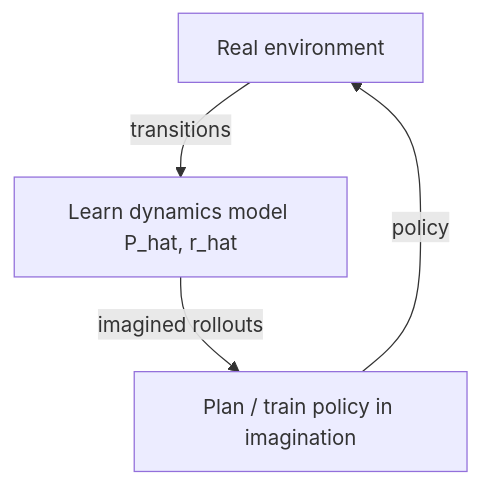
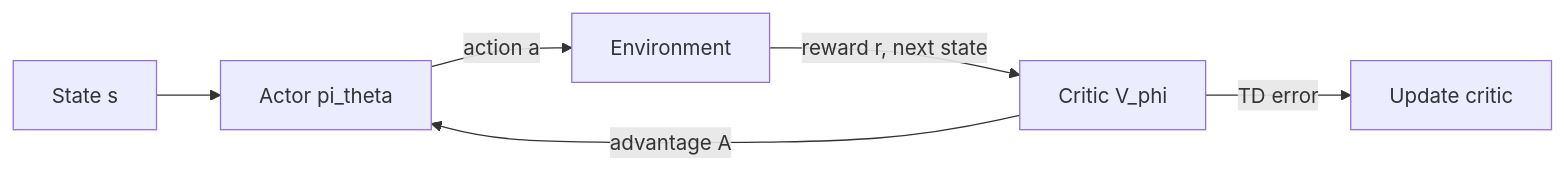
The fifth of 7 diagrams in ai-ml-encyclopedia/ch25.qmd (kader-xai/kader-xai.github.io), drawn with Mermaid before and after one commit. The commit also changed other lines of this file and 47 other files, not shown here.

````diff
--- a/ai-ml-encyclopedia/ch25.qmd
+++ b/ai-ml-encyclopedia/ch25.qmd
@@ -286,6 +353,8 @@
 ```{mermaid}
-flowchart TD
-    R[Real environment] -->|transitions| M[Learn dynamics model P_hat, r_hat]
-    M -->|imagined rollouts| P[Plan / train policy in imagination]
-    P -->|policy| R
+flowchart LR
+    S[State s] --> AC[Actor pi_theta]
+    AC -->|action a| ENV[Environment]
+    ENV -->|reward r, next state| CR[Critic V_phi]
+    CR -->|advantage A| AC
+    CR -->|TD error| CR2[Update critic]
 ```
````
